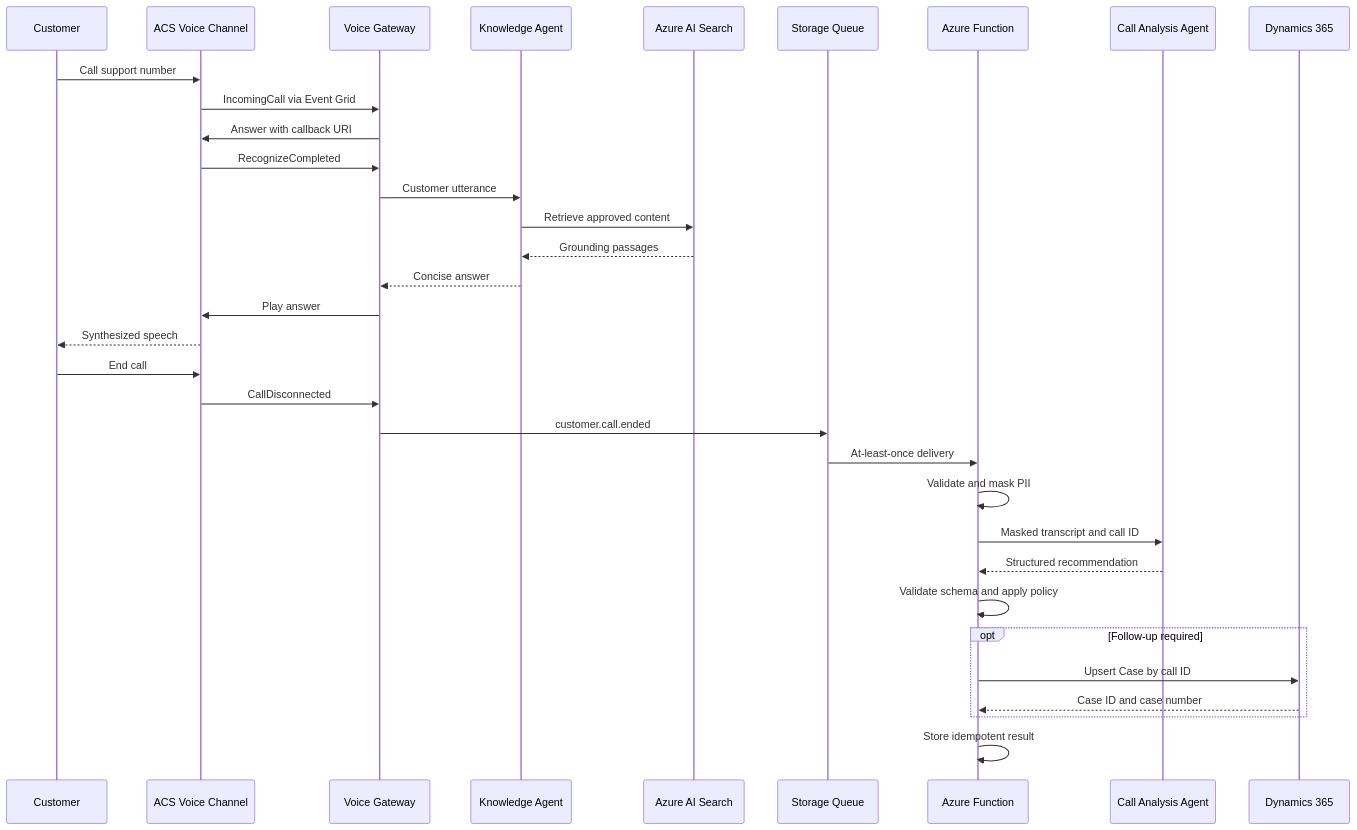
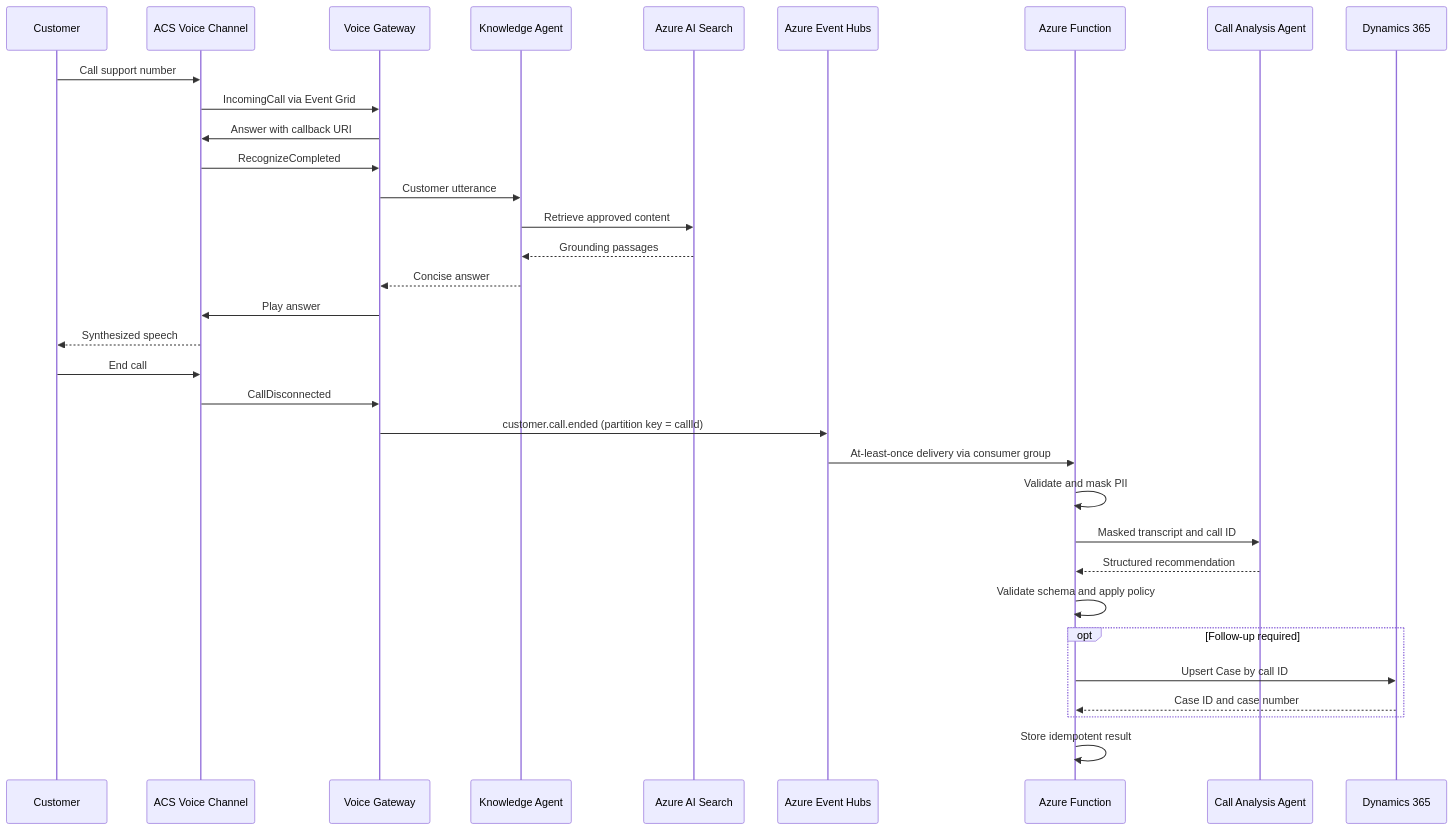
One commit to Liminghao0922/workshop-intelligent-customer-operations changed the diagram in docs/architecture/sequence-flow.md. Above: the diagram before and after it, drawn with Mermaid. The commit also changed 46 other files, not shown here.

````diff
--- a/docs/architecture/sequence-flow.md
+++ b/docs/architecture/sequence-flow.md
@@ -3,36 +3,36 @@
 ```mermaid
 sequenceDiagram
     participant Customer
     participant ACS as ACS Voice Channel
     participant Gateway as Voice Gateway
     participant Knowledge as Knowledge Agent
     participant Search as Azure AI Search
-    participant Queue as Storage Queue
+    participant EventHub as Azure Event Hubs
     participant Worker as Azure Function
     participant Analysis as Call Analysis Agent
     participant Dynamics as Dynamics 365
 
     Customer->>ACS: Call support number
     ACS->>Gateway: IncomingCall via Event Grid
     Gateway->>ACS: Answer with callback URI
     ACS->>Gateway: RecognizeCompleted
     Gateway->>Knowledge: Customer utterance
     Knowledge->>Search: Retrieve approved content
     Search-->>Knowledge: Grounding passages
     Knowledge-->>Gateway: Concise answer
     Gateway->>ACS: Play answer
     ACS-->>Customer: Synthesized speech
     Customer->>ACS: End call
     ACS->>Gateway: CallDisconnected
-    Gateway->>Queue: customer.call.ended
-    Queue->>Worker: At-least-once delivery
+    Gateway->>EventHub: customer.call.ended (partition key = callId)
+    EventHub->>Worker: At-least-once delivery via consumer group
     Worker->>Worker: Validate and mask PII
     Worker->>Analysis: Masked transcript and call ID
     Analysis-->>Worker: Structured recommendation
     Worker->>Worker: Validate schema and apply policy
     opt Follow-up required
         Worker->>Dynamics: Upsert Case by call ID
         Dynamics-->>Worker: Case ID and case number
     end
     Worker->>Worker: Store idempotent result
 ```
````
